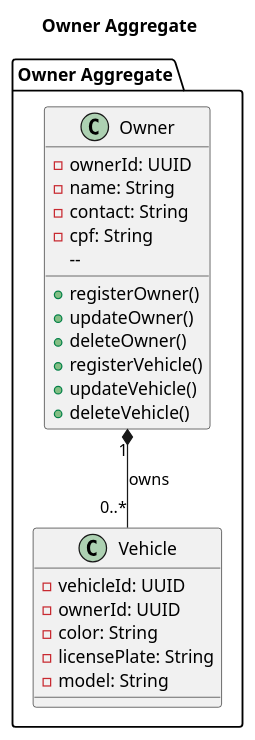
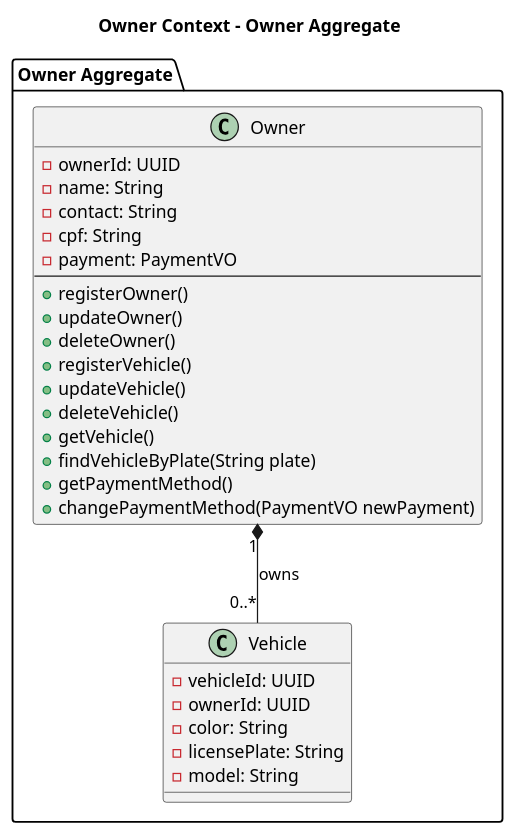
The diagram in docs/owner.puml (carlossfb/NeoParking-DDD), drawn with PlantUML before and after one commit. The commit also changed 10 other files, not shown here.

```diff
--- a/docs/owner.puml
+++ b/docs/owner.puml
@@ -1,30 +1,34 @@
 @startuml
-title Owner Aggregate
+title Owner Context - Owner Aggregate
 
 package "Owner Aggregate" {
-
   class Owner {
     - ownerId: UUID
     - name: String
     - contact: String
     - cpf: String
-    --  
+    - payment: PaymentVO
+    --
     + registerOwner()
     + updateOwner()
     + deleteOwner()
     + registerVehicle()
     + updateVehicle()
     + deleteVehicle()
+    + getVehicle()
+    + findVehicleByPlate(String plate)
+    + getPaymentMethod()
+    + changePaymentMethod(PaymentVO newPayment)
   }
 
   class Vehicle {
     - vehicleId: UUID
     - ownerId: UUID
     - color: String
     - licensePlate: String
     - model: String
   }
 
   Owner "1" *-- "0..*" Vehicle : owns
 }
 @enduml
```
